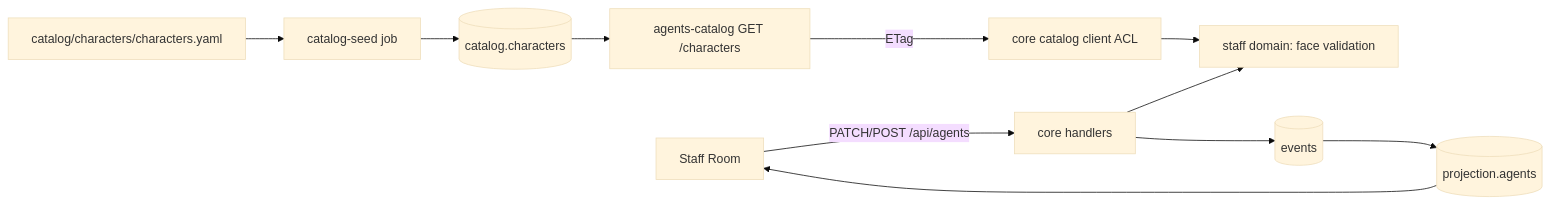
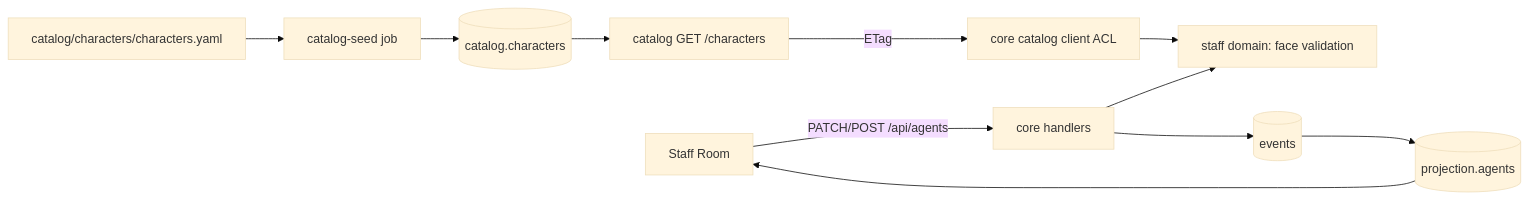
One commit to massimobiagioli/virtual-office changed the eighth of 22 diagrams in .project/ROADMAP.md. Above: the diagram before and after it, drawn with Mermaid (base theme). The commit also changed other lines of this file and 39 other files, not shown here.

First line of the commit message:
refactor(catalog): rename the agents-catalog service to catalog

````diff
--- a/.project/ROADMAP.md
+++ b/.project/ROADMAP.md
@@ -2867,13 +2867,13 @@
 ```mermaid
 flowchart LR
   YAML[catalog/characters/characters.yaml] --> SEED[catalog-seed job]
   SEED --> CDB[(catalog.characters)]
-  CDB --> CAPI[agents-catalog GET /characters]
+  CDB --> CAPI[catalog GET /characters]
   CAPI -->|ETag| ACL[core catalog client ACL]
   ACL --> DOM[staff domain: face validation]
   UI[Staff Room] -->|PATCH/POST /api/agents| CORE[core handlers]
   CORE --> DOM
   CORE --> EVT[(events)]
   EVT --> PROJ[(projection.agents)]
   PROJ --> UI
 ```
````
